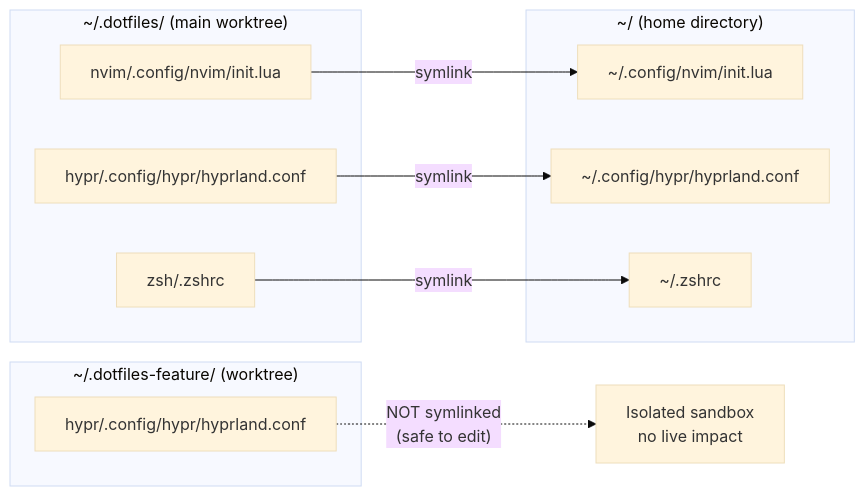
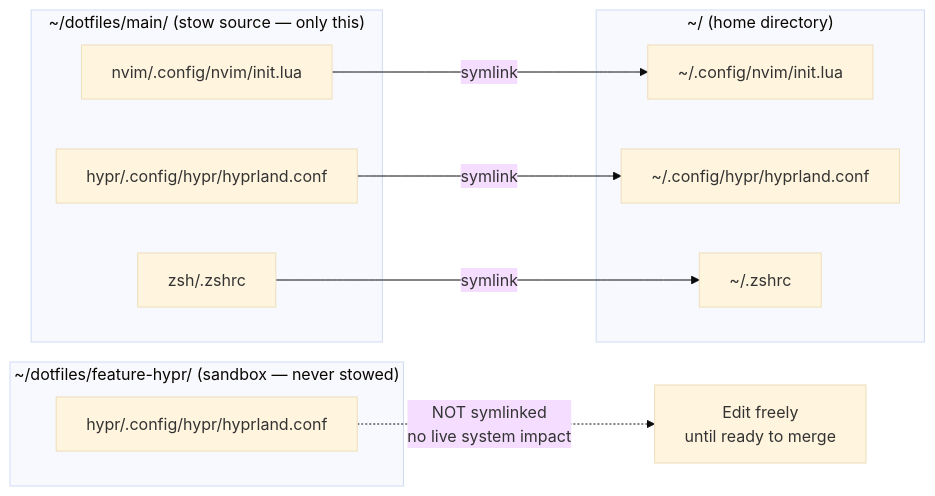
One commit to fcmiranda/.dotfiles changed the third of 4 diagrams in git-worktree-guide.md. Above: the diagram before and after it, drawn with Mermaid (base theme). The commit also changed other lines of this file, not shown here.

Commit message:
docs: update guide to reflect ~/dotfiles/main sibling-worktree structure

````diff
--- a/git-worktree-guide.md
+++ b/git-worktree-guide.md
@@ -134,24 +132,24 @@
 ```mermaid
 flowchart LR
-    subgraph dotfiles ["~/.dotfiles/ (main worktree)"]
+    subgraph main ["~/dotfiles/main/ (stow source — only this)"]
         N["nvim/.config/nvim/init.lua"]
         H["hypr/.config/hypr/hyprland.conf"]
         Z["zsh/.zshrc"]
     end
 
     subgraph home ["~/ (home directory)"]
         LN["~/.config/nvim/init.lua"]
         LH["~/.config/hypr/hyprland.conf"]
         LZ["~/.zshrc"]
     end
 
     N -- symlink --> LN
     H -- symlink --> LH
     Z -- symlink --> LZ
 
-    subgraph worktree ["~/.dotfiles-feature/ (worktree)"]
+    subgraph worktree ["~/dotfiles/feature-hypr/ (sandbox — never stowed)"]
         FH["hypr/.config/hypr/hyprland.conf"]
     end
 
-    FH -. "NOT symlinked\n(safe to edit)" .-> WT_NOTE["Isolated sandbox\nno live impact"]
+    FH -. "NOT symlinked\nno live system impact" .-> WT_NOTE["Edit freely\nuntil ready to merge"]
 ```
````
